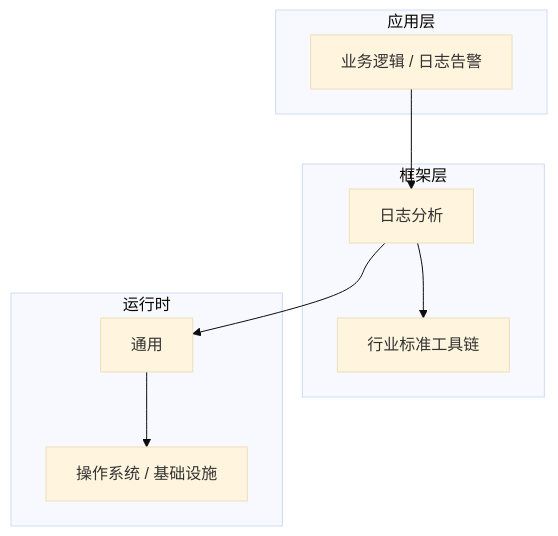
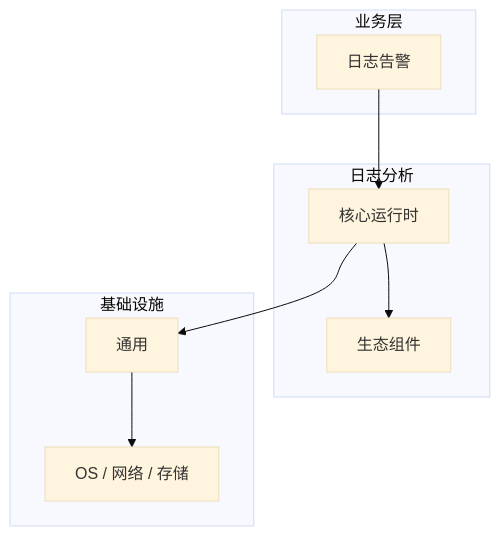
One commit to yanggan2015/knowledge-json-v2 changed the diagram in articles/日志分析/chapters/046-日志告警核心概念与原理.md. Above: the diagram before and after it, drawn with Mermaid (base theme). The commit also changed other lines of this file and 10127 other files, not shown here.

````diff
--- a/articles/日志分析/chapters/046-日志告警核心概念与原理.md
+++ b/articles/日志分析/chapters/046-日志告警核心概念与原理.md
@@ -45,18 +34,18 @@
 ```mermaid
 graph TB
-    subgraph 应用层
-        A[业务逻辑 / 日志告警]
+    subgraph 业务层
+        A[日志告警]
     end
-    subgraph 框架层
-        B[日志分析]
-        C[行业标准工具链]
+    subgraph 日志分析
+        B[核心运行时]
+        C[生态组件]
     end
-    subgraph 运行时
+    subgraph 基础设施
         D[通用]
-        E[操作系统 / 基础设施]
+        E[OS / 网络 / 存储]
     end
     A --> B
     B --> C
     B --> D
     D --> E
 ```
````
